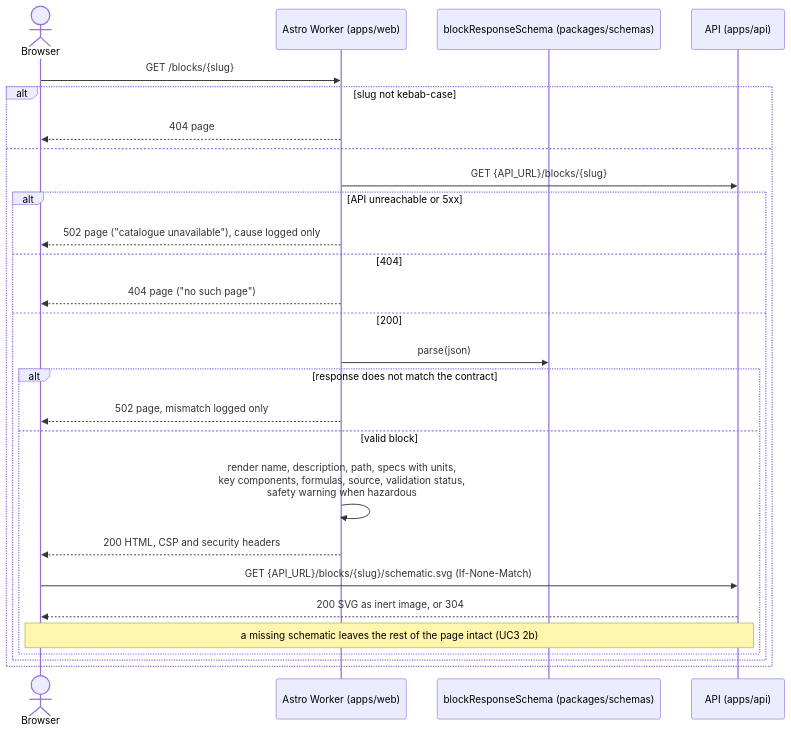
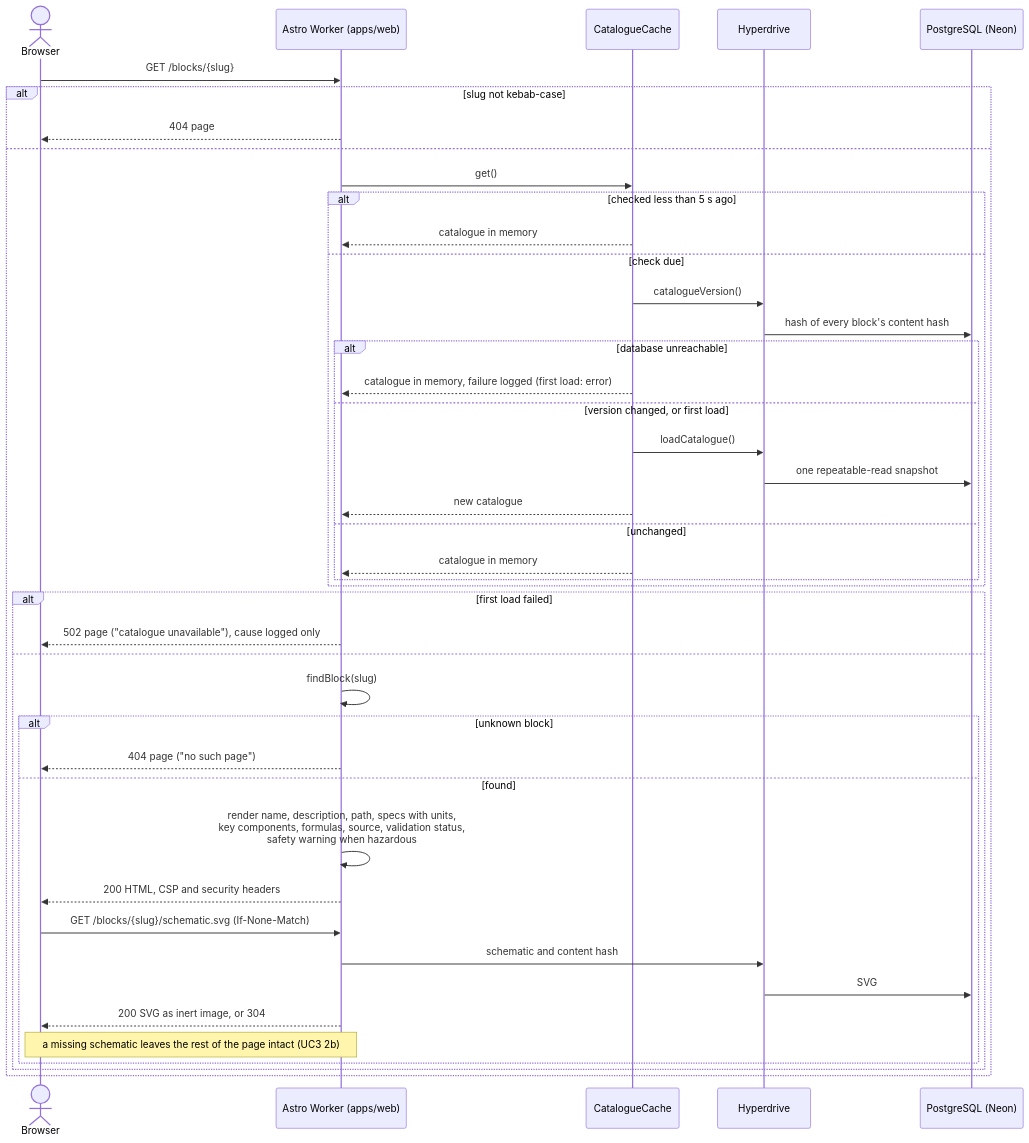
The diagram in docs/architecture/diagrams/catalogue/06-sequence-view-block-page.md (benoit-bremaud/ohm-sweet-ohm), drawn with Mermaid before and after one commit. The commit also changed other lines of this file and 62 other files, not shown here.

First line of the commit message:
fix(web): serve the catalogue from the web Worker through Hyperdrive (#166)

````diff
--- a/docs/architecture/diagrams/catalogue/06-sequence-view-block-page.md
+++ b/docs/architecture/diagrams/catalogue/06-sequence-view-block-page.md
@@ -21,30 +22,46 @@
 ```mermaid
 sequenceDiagram
   actor Browser
   participant Web as Astro Worker (apps/web)
-  participant Schema as blockResponseSchema (packages/schemas)
-  participant API as API (apps/api)
+  participant Cache as CatalogueCache
+  participant HD as Hyperdrive
+  participant DB as PostgreSQL (Neon)
 
   Browser->>Web: GET /blocks/{slug}
   alt slug not kebab-case
     Web-->>Browser: 404 page
   else
-    Web->>API: GET {API_URL}/blocks/{slug}
-    alt API unreachable or 5xx
+    Web->>Cache: get()
+    alt checked less than 5 s ago
+      Cache-->>Web: catalogue in memory
+    else check due
+      Cache->>HD: catalogueVersion()
+      HD->>DB: hash of every block's content hash
+      alt database unreachable
+        Cache-->>Web: catalogue in memory, failure logged (first load: error)
+      else version changed, or first load
+        Cache->>HD: loadCatalogue()
+        HD->>DB: one repeatable-read snapshot
+        Cache-->>Web: new catalogue
+      else unchanged
+        Cache-->>Web: catalogue in memory
+      end
+    end
+    alt first load failed
       Web-->>Browser: 502 page ("catalogue unavailable"), cause logged only
-    else 404
-      Web-->>Browser: 404 page ("no such page")
-    else 200
-      Web->>Schema: parse(json)
-      alt response does not match the contract
-        Web-->>Browser: 502 page, mismatch logged only
-      else valid block
+    else
+      Web->>Web: findBlock(slug)
+      alt unknown block
+        Web-->>Browser: 404 page ("no such page")
+      else found
         Web->>Web: render name, description, path, specs with units,<br/>key components, formulas, source, validation status,<br/>safety warning when hazardous
         Web-->>Browser: 200 HTML, CSP and security headers
-        Browser->>API: GET {API_URL}/blocks/{slug}/schematic.svg (If-None-Match)
-        API-->>Browser: 200 SVG as inert image, or 304
-        Note over Browser,API: a missing schematic leaves the rest of the page intact (UC3 2b)
+        Browser->>Web: GET /blocks/{slug}/schematic.svg (If-None-Match)
+        Web->>HD: schematic and content hash
+        HD->>DB: SVG
+        Web-->>Browser: 200 SVG as inert image, or 304
+        Note over Browser,Web: a missing schematic leaves the rest of the page intact (UC3 2b)
       end
     end
   end
 ```
````
